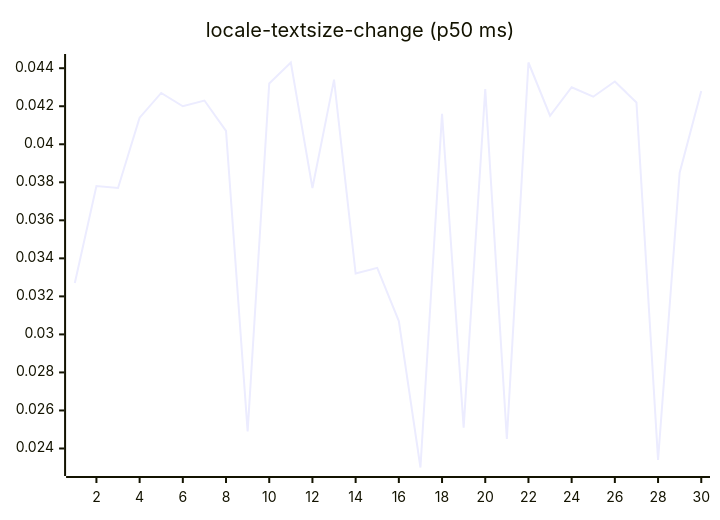
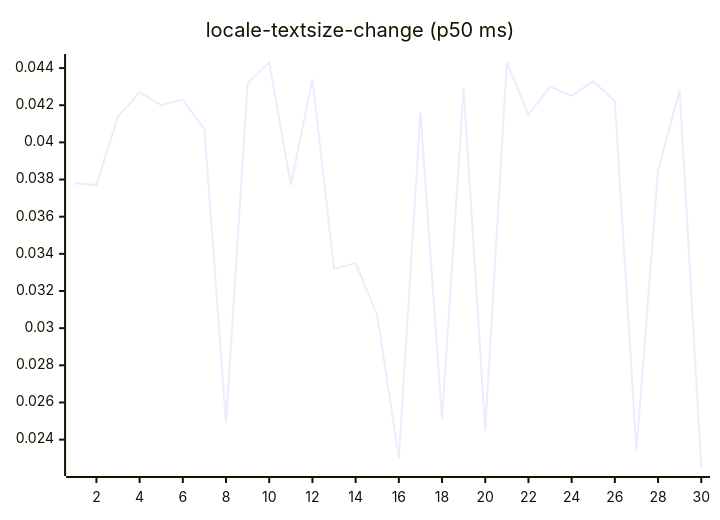
One commit to josha/Facet changed diagram 13 of 27 in README.md. Above: the diagram before and after it, drawn with Mermaid. The commit also changed other lines of this file and 2 other files, not shown here.

````diff
--- a/README.md
+++ b/README.md
@@ -147,6 +147,6 @@
 ```mermaid
 xychart-beta
     title "locale-textsize-change (p50 ms)"
     x-axis 1 --> 30
-    line [0.0327, 0.0378, 0.0377, 0.0414, 0.0427, 0.0420, 0.0423, 0.0407, 0.0249, 0.0432, 0.0443, 0.0377, 0.0434, 0.0332, 0.0335, 0.0307, 0.0230, 0.0416, 0.0251, 0.0429, 0.0245, 0.0443, 0.0415, 0.0430, 0.0425, 0.0433, 0.0422, 0.0234, 0.0385, 0.0428]
+    line [0.0378, 0.0377, 0.0414, 0.0427, 0.0420, 0.0423, 0.0407, 0.0249, 0.0432, 0.0443, 0.0377, 0.0434, 0.0332, 0.0335, 0.0307, 0.0230, 0.0416, 0.0251, 0.0429, 0.0245, 0.0443, 0.0415, 0.0430, 0.0425, 0.0433, 0.0422, 0.0234, 0.0385, 0.0428, 0.0225]
 ```
````
